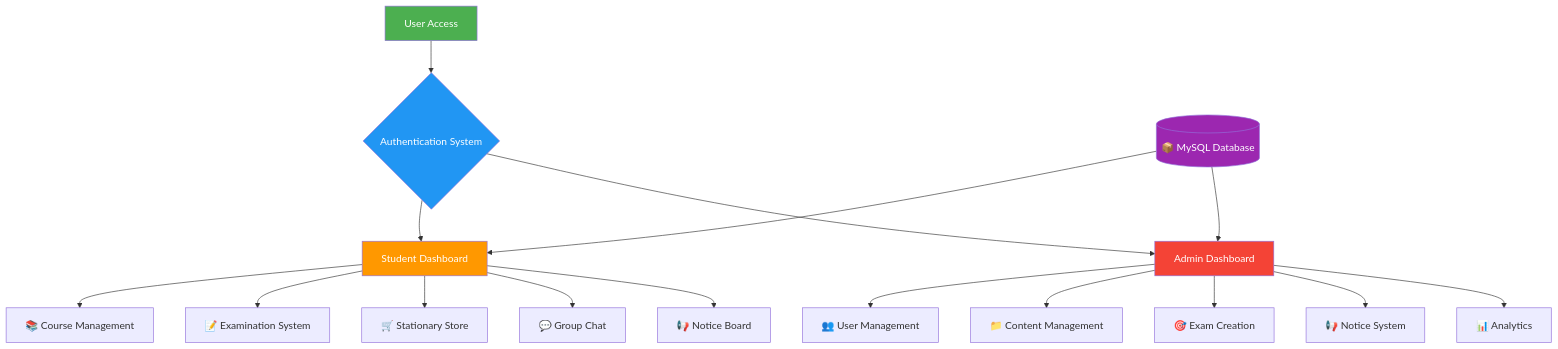
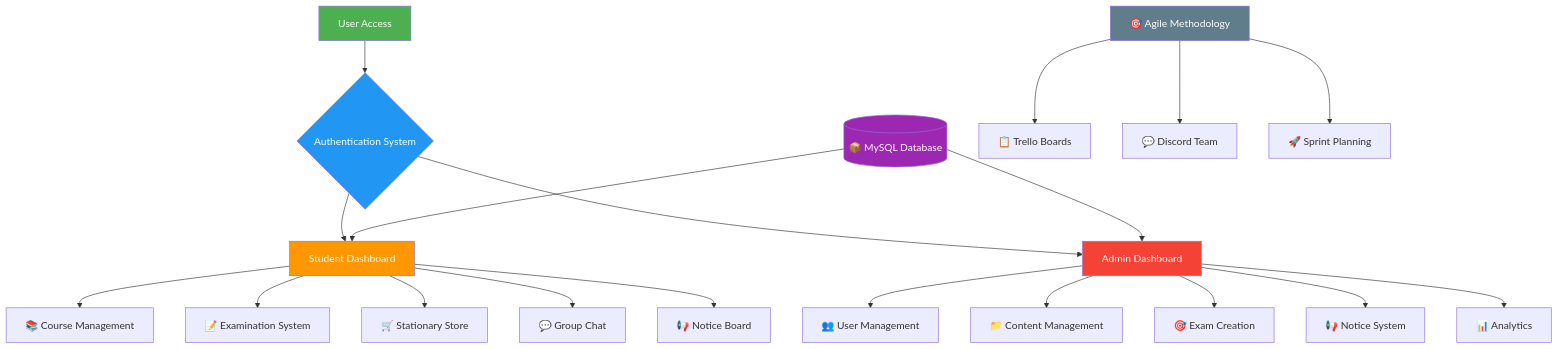
One commit to omijr123/StudyBuddy-Smart-Learning-Campus-Management-Portal changed the diagram in README.md. Above: the diagram before and after it, drawn with Mermaid. The commit also changed other lines of this file, not shown here.

````diff
--- a/README.md
+++ b/README.md
@@ -105,27 +132,32 @@
 ```mermaid
 graph TB
     A[User Access] --> B{Authentication System}
     B --> C[Student Dashboard]
     B --> D[Admin Dashboard]
     
     C --> C1[📚 Course Management]
     C --> C2[📝 Examination System]
     C --> C3[🛒 Stationary Store]
     C --> C4[💬 Group Chat]
     C --> C5[📢 Notice Board]
     
     D --> D1[👥 User Management]
     D --> D2[📁 Content Management]
     D --> D3[🎯 Exam Creation]
     D --> D4[📢 Notice System]
     D --> D5[📊 Analytics]
     
     E[(📦 MySQL Database)] --> C
     E --> D
     
+    F[🎯 Agile Methodology] --> G[📋 Trello Boards]
+    F --> H[💬 Discord Team]
+    F --> I[🚀 Sprint Planning]
+    
     style A fill:#4CAF50,color:white
     style B fill:#2196F3,color:white
     style C fill:#FF9800,color:white
     style D fill:#F44336,color:white
     style E fill:#9C27B0,color:white
+    style F fill:#607D8B,color:white
 ```
````
